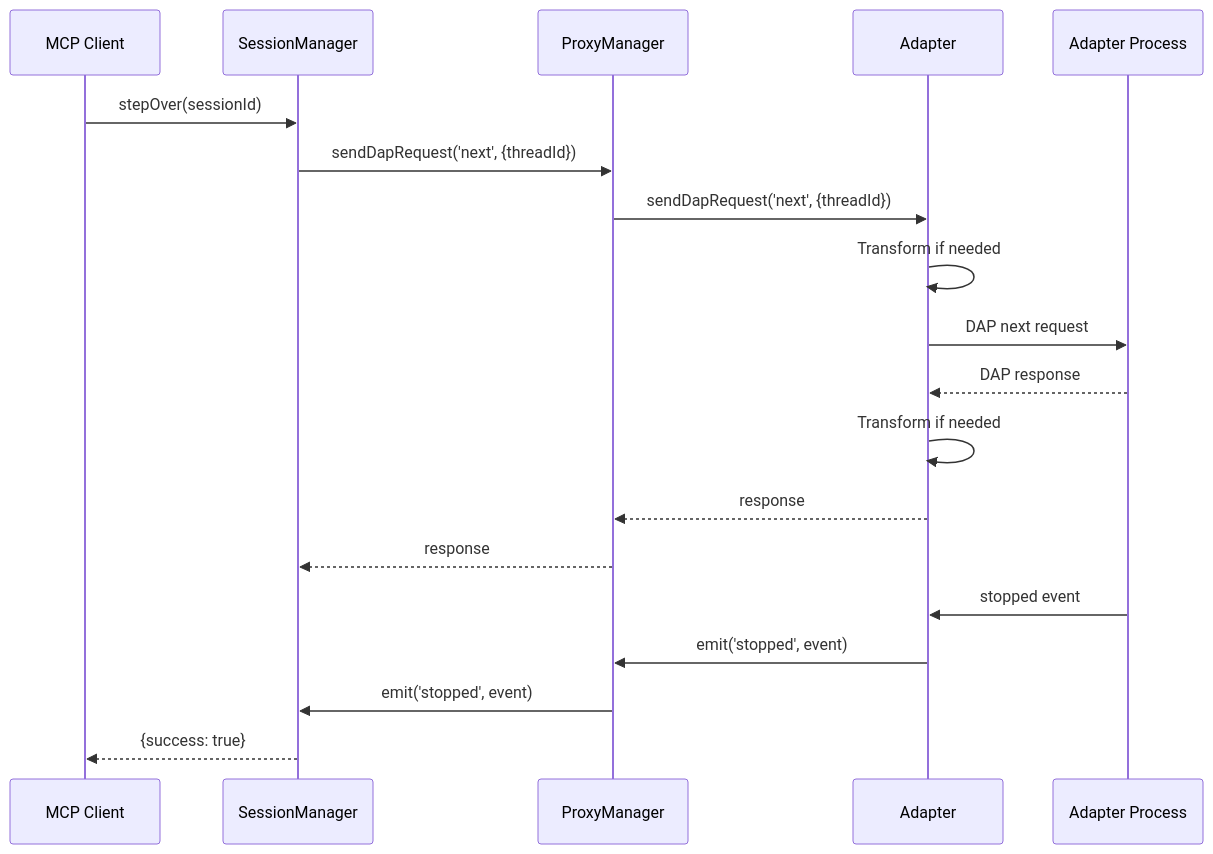
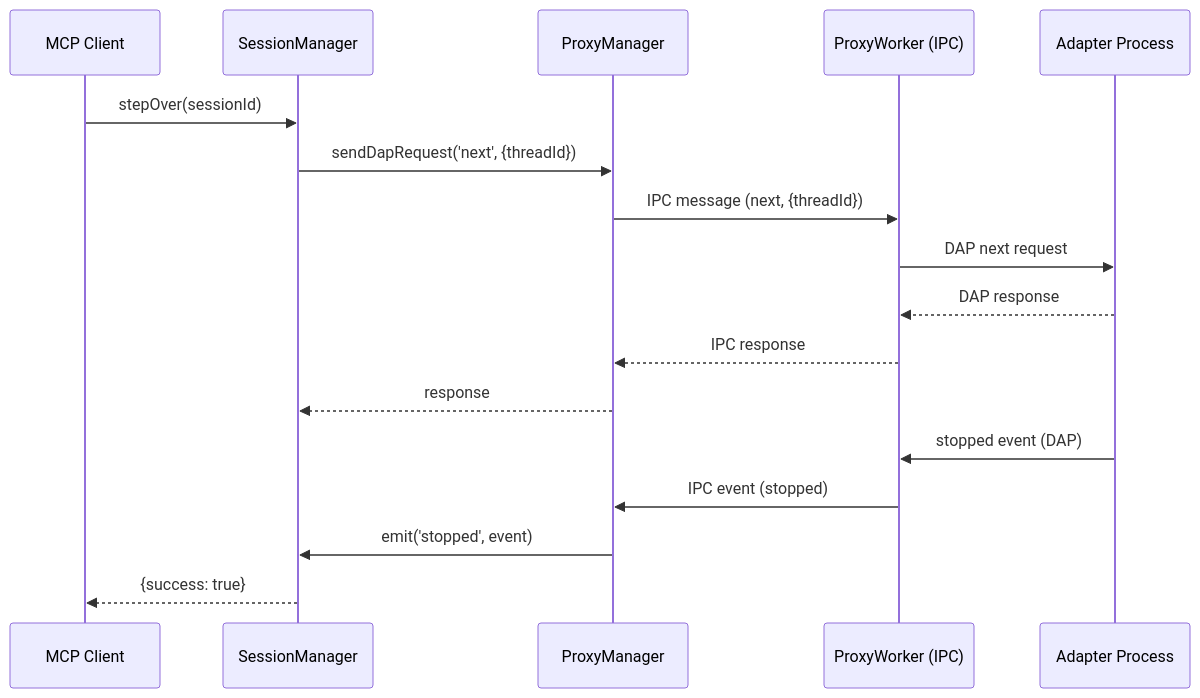
One commit to debugmcp/mcp-debugger changed the fourth of 4 diagrams in docs/architecture/adapter-pattern-design.md. Above: the diagram before and after it, drawn with Mermaid. The commit also changed other lines of this file and 77 other files, not shown here.

````diff
--- a/docs/architecture/adapter-pattern-design.md
+++ b/docs/architecture/adapter-pattern-design.md
@@ -242,27 +242,25 @@
 ```mermaid
 sequenceDiagram
     participant C as MCP Client
     participant SM as SessionManager
     participant PM as ProxyManager
-    participant A as Adapter
+    participant PW as ProxyWorker (IPC)
     participant AP as Adapter Process
-    
+
     C->>SM: stepOver(sessionId)
     SM->>PM: sendDapRequest('next', {threadId})
-    
-    PM->>A: sendDapRequest('next', {threadId})
-    A->>A: Transform if needed
-    A->>AP: DAP next request
-    
-    AP-->>A: DAP response
-    A->>A: Transform if needed
-    A-->>PM: response
-    
+
+    PM->>PW: IPC message (next, {threadId})
+    PW->>AP: DAP next request
+
+    AP-->>PW: DAP response
+    PW-->>PM: IPC response
+
     PM-->>SM: response
-    
-    AP->>A: stopped event
-    A->>PM: emit('stopped', event)
+
+    AP->>PW: stopped event (DAP)
+    PW->>PM: IPC event (stopped)
     PM->>SM: emit('stopped', event)
-    
+
     SM-->>C: {success: true}
 ```
````
